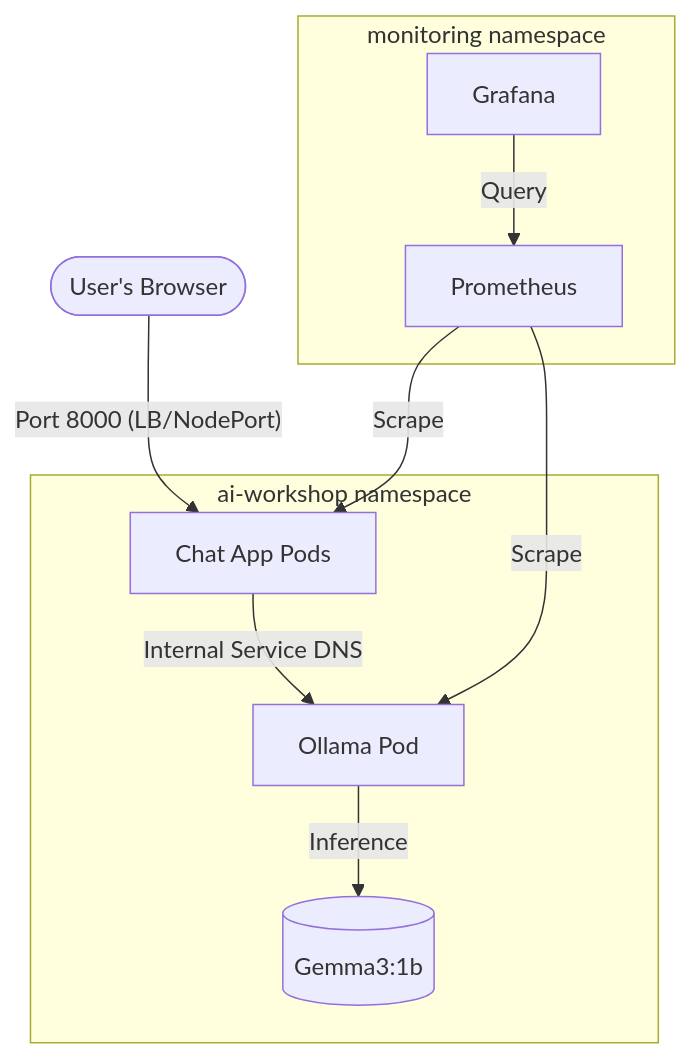
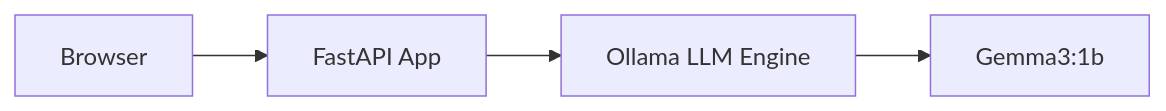
Before and after one commit to kaungmyatsoe/mmnogworkshop: the diagram in SLIDES.md, drawn with Mermaid. The commit also changed other lines of this file, not shown here.

Commit message:
Expand slides with Networking, Monitoring, and Scaling details

````diff
--- a/SLIDES.md
+++ b/SLIDES.md
@@ -33,13 +24,6 @@
 ```mermaid
-graph TD
-    User([User's Browser]) -- "Port 8000 (LB/NodePort)" --> App[Chat App Pods]
-    subgraph "ai-workshop namespace"
-        App -- "Internal Service DNS" --> Ollama[Ollama Pod]
-        Ollama -- "Inference" --> Model[(Gemma3:1b)]
-    end
-    subgraph "monitoring namespace"
-        Prom[Prometheus] -- "Scrape" --> App
-        Prom -- "Scrape" --> Ollama
-        Grafana[Grafana] -- "Query" --> Prom
-    end
+graph LR
+    User[Browser] --> App[FastAPI App]
+    App --> Ollama[Ollama LLM Engine]
+    Ollama --> Model[Gemma3:1b]
 ```
````
